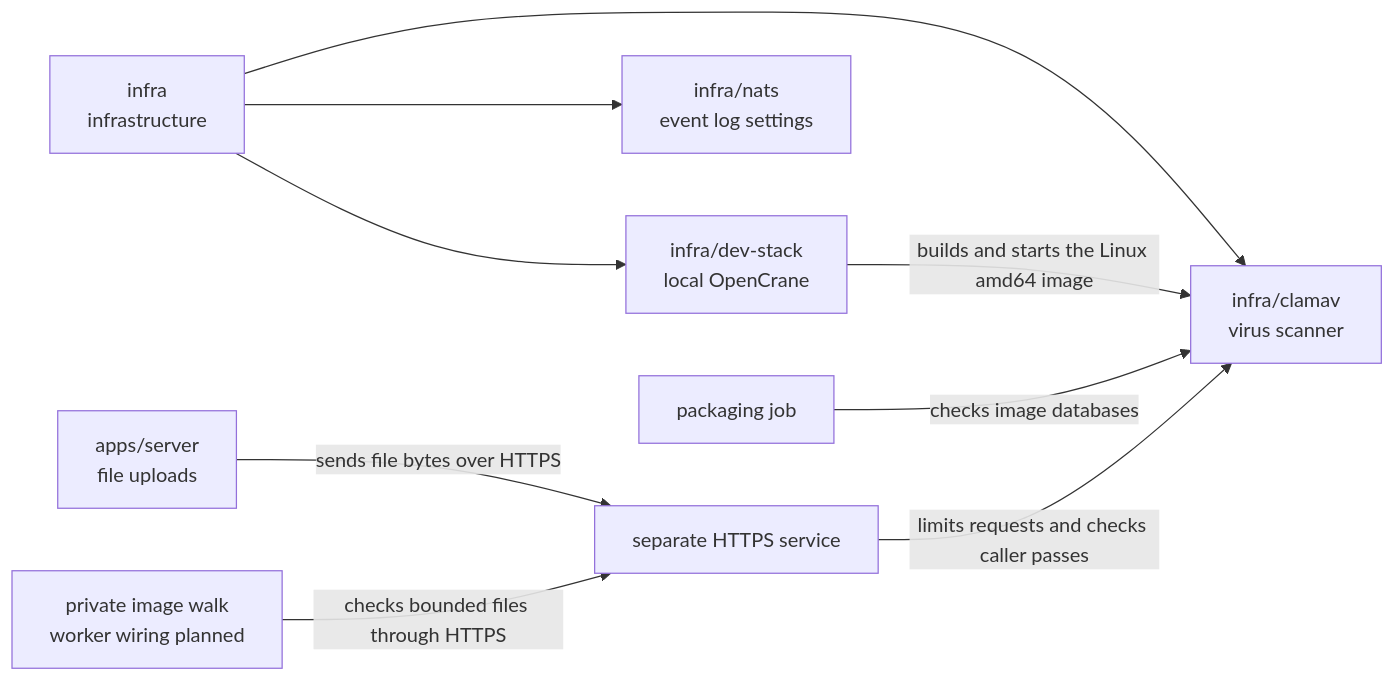
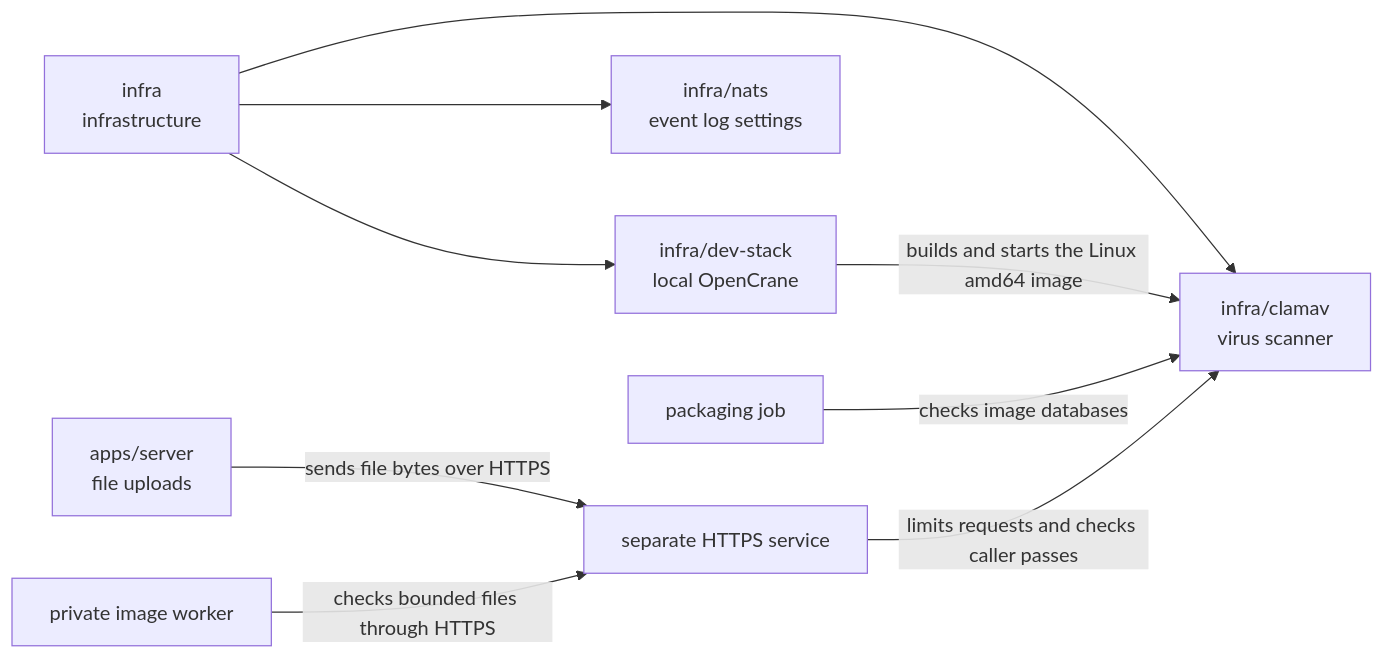
Before and after one commit to elewa-git/opencrane-new: the diagram in infra/clamav/README.md, drawn with Mermaid. The commit also changed other lines of this file and 4 other files, not shown here.

````diff
--- a/infra/clamav/README.md
+++ b/infra/clamav/README.md
@@ -18,11 +18,11 @@
 ```mermaid
 flowchart LR
   infra["infra<br/>infrastructure"] --> clamav["infra/clamav<br/>virus scanner"]
   infra --> stack["infra/dev-stack<br/>local OpenCrane"]
   infra --> nats["infra/nats<br/>event log settings"]
   stack -->|builds and starts the Linux amd64 image| clamav
   server["apps/server<br/>file uploads"] -->|sends file bytes over HTTPS| launcher
-  worker["private image walk<br/>worker wiring planned"] -->|checks bounded files through HTTPS| launcher
+  worker["private image worker"] -->|checks bounded files through HTTPS| launcher
   packaging["packaging job"] -->|checks image databases| clamav
   launcher["separate HTTPS service"] -->|limits requests and checks caller passes| clamav
 ```
````
